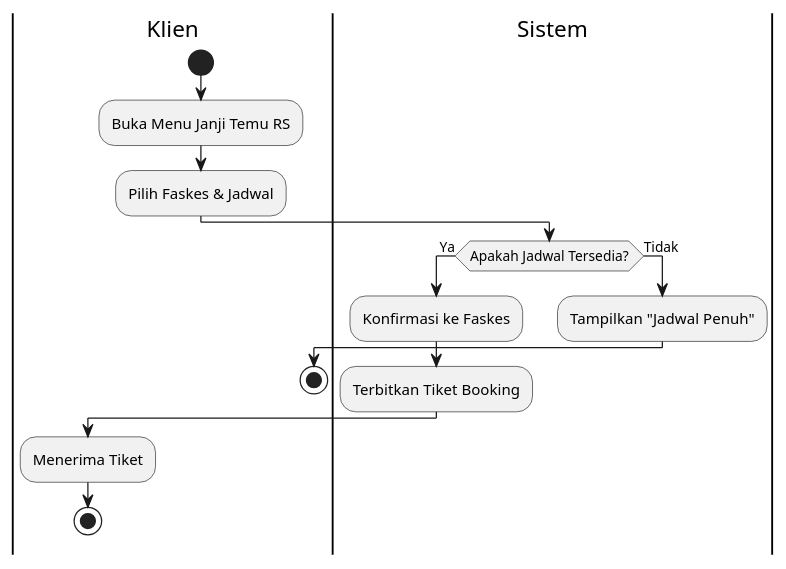
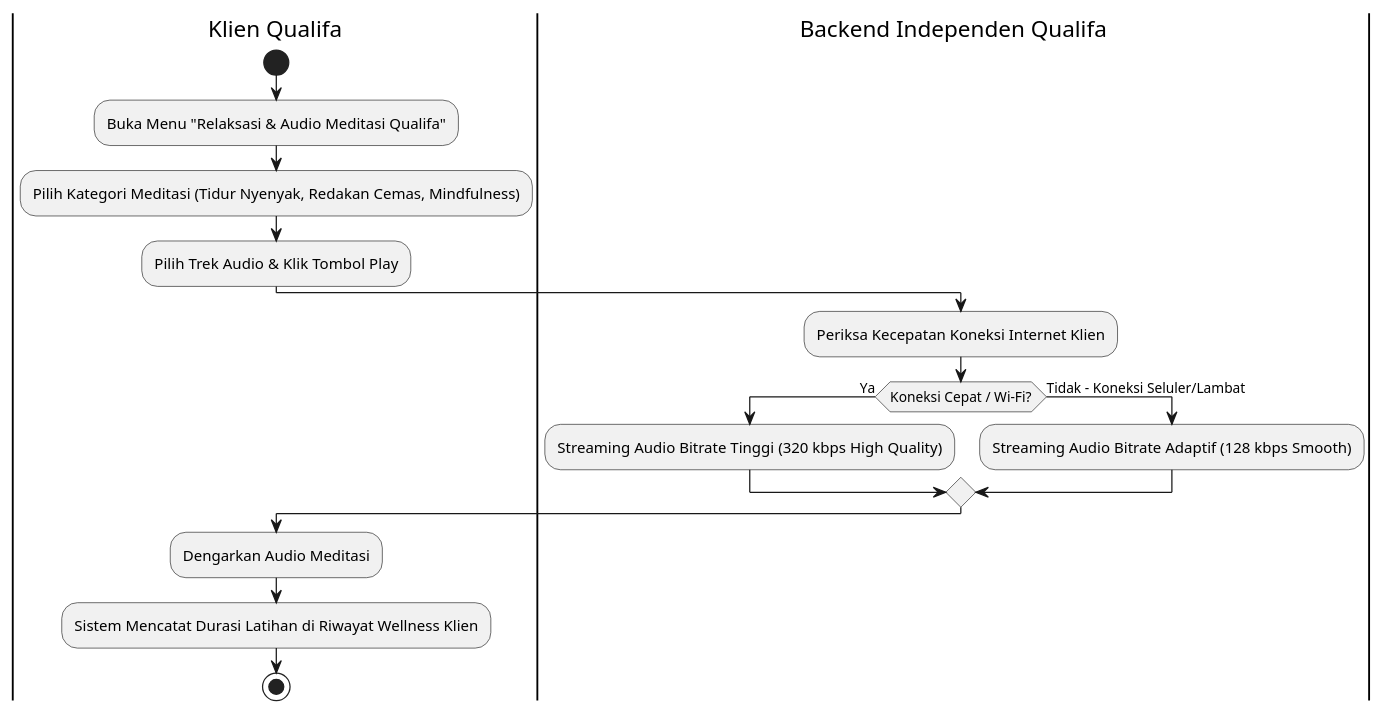
One commit to tupperwureism/SuperApp-Gagal changed diagram 16 of 20 in MarkDown/plantuml_activity_diagrams.md. Above: the diagram before and after it, drawn with PlantUML. The commit also changed other lines of this file and 60 other files, not shown here.

````diff
--- a/MarkDown/plantuml_activity_diagrams.md
+++ b/MarkDown/plantuml_activity_diagrams.md
@@ -713,21 +632,22 @@
 ```plantuml
 @startuml
-|Klien|
+|Klien Qualifa|
 start
-:Buka Menu Janji Temu RS;
-:Pilih Faskes & Jadwal;
-|Sistem|
-if (Apakah Jadwal Tersedia?) is (Ya) then
-  :Konfirmasi ke Faskes;
-  :Terbitkan Tiket Booking;
-  |Klien|
-  :Menerima Tiket;
-  stop
-else (Tidak)
-  |Sistem|
-  :Tampilkan "Jadwal Penuh";
-  |Klien|
-  stop
+:Buka Menu "Relaksasi & Audio Meditasi Qualifa";
+:Pilih Kategori Meditasi (Tidur Nyenyak, Redakan Cemas, Mindfulness);
+:Pilih Trek Audio & Klik Tombol Play;
+
+|Backend Independen Qualifa|
+:Periksa Kecepatan Koneksi Internet Klien;
+if (Koneksi Cepat / Wi-Fi?) then (Ya)
+  :Streaming Audio Bitrate Tinggi (320 kbps High Quality);
+else (Tidak - Koneksi Seluler/Lambat)
+  :Streaming Audio Bitrate Adaptif (128 kbps Smooth);
 endif
+
+|Klien Qualifa|
+:Dengarkan Audio Meditasi;
+:Sistem Mencatat Durasi Latihan di Riwayat Wellness Klien;
+stop
 @enduml
 ```
````
